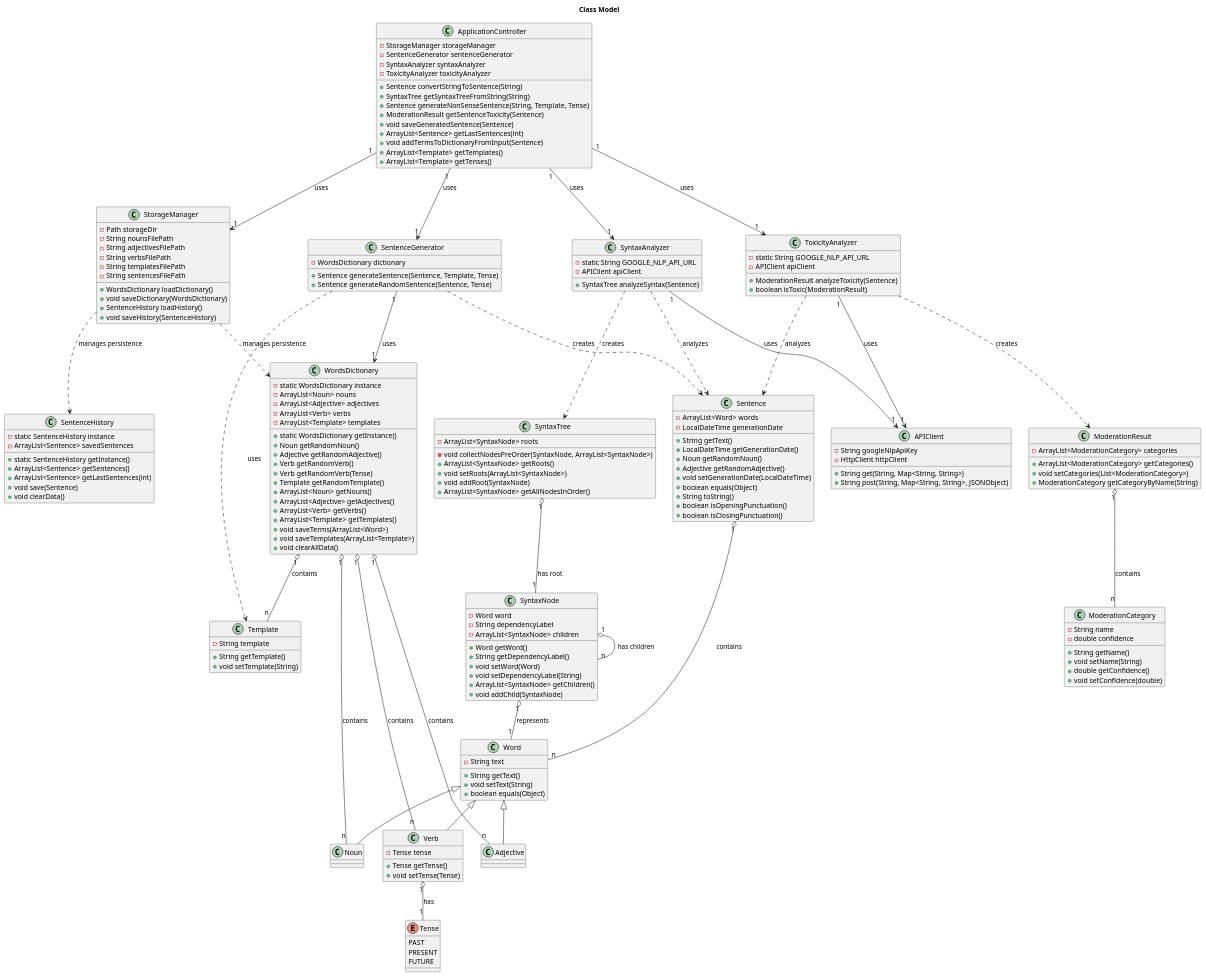
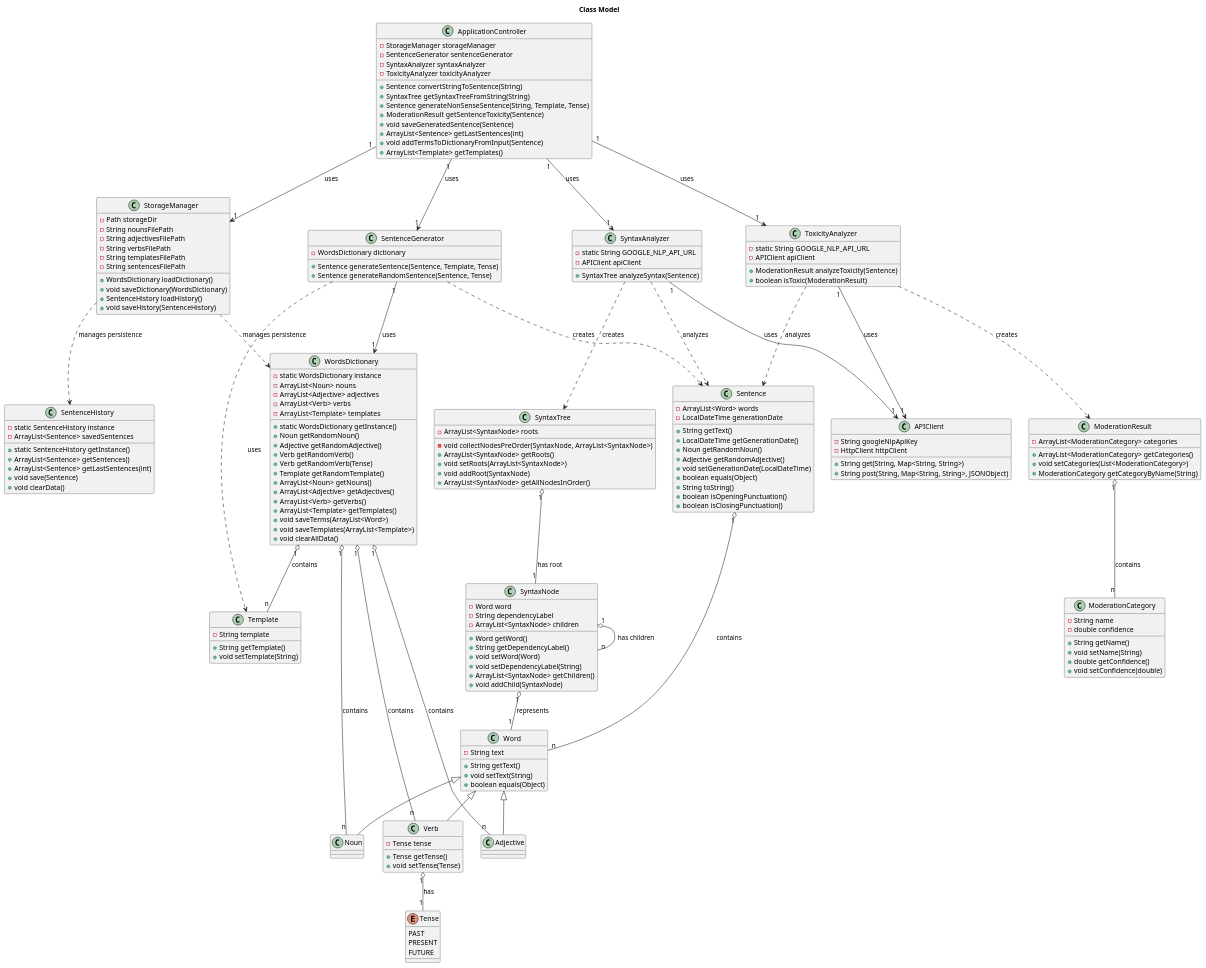
One commit to liamtoaldo/NonSenseGenerator changed the diagram in docs/diagrams/classmodel.plantuml. Above: the diagram before and after it, drawn with PlantUML. The commit also changed 1 other file, not shown here.

Commit message:
FIX - accortezze sui diagrammi

```diff
--- a/docs/diagrams/classmodel.plantuml
+++ b/docs/diagrams/classmodel.plantuml
@@ -172,7 +172,6 @@
     +ArrayList<Sentence> getLastSentences(int)
     +void addTermsToDictionaryFromInput(Sentence)
     +ArrayList<Template> getTemplates()
-    +ArrayList<Template> getTenses()
 }
 
 Sentence "1" o-- "n" Word : contains 
```
